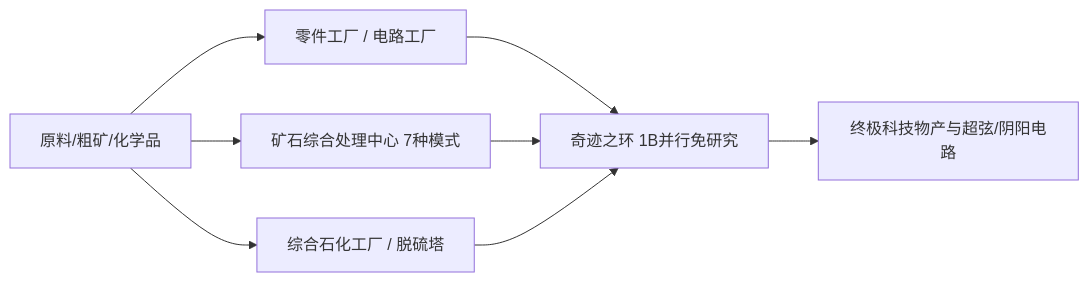
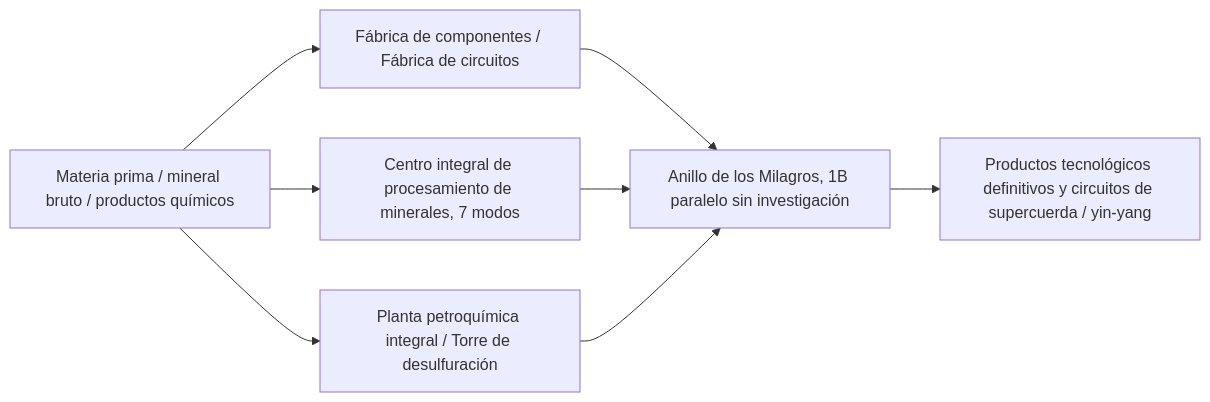
One commit to takanashisatou/GregtechEasy-Docs changed the diagram in docs/es/gtecore/machines-and-multiblocks.md. Above: the diagram before and after it, drawn with Mermaid. The commit also changed other lines of this file and 99 other files, not shown here.

````diff
--- a/docs/es/gtecore/machines-and-multiblocks.md
+++ b/docs/es/gtecore/machines-and-multiblocks.md
@@ -27,8 +27,8 @@
 ```mermaid
 graph LR
-    A[原料/粗矿/化学品] --> B[零件工厂 / 电路工厂]
-    A --> C[矿石综合处理中心 7种模式]
-    A --> D[综合石化工厂 / 脱硫塔]
-    B & C & D --> E[奇迹之环 1B并行免研究]
-    E --> F[终极科技物产与超弦/阴阳电路]
+    A[Materia prima / mineral bruto / productos químicos] --> B[Fábrica de componentes / Fábrica de circuitos]
+    A --> C[Centro integral de procesamiento de minerales, 7 modos]
+    A --> D[Planta petroquímica integral / Torre de desulfuración]
+    B & C & D --> E[Anillo de los Milagros, 1B paralelo sin investigación]
+    E --> F[Productos tecnológicos definitivos y circuitos de supercuerda / yin-yang]
 ```
````
